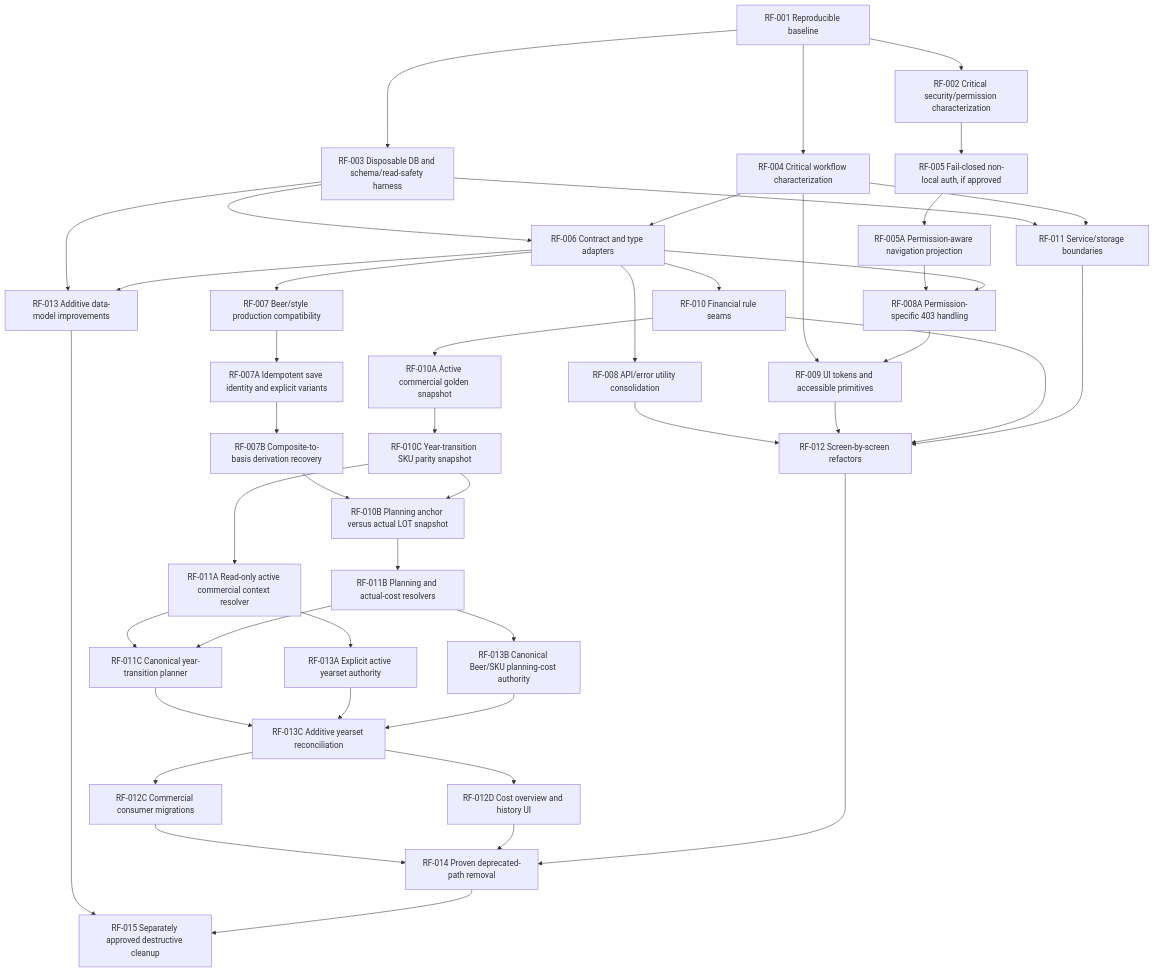
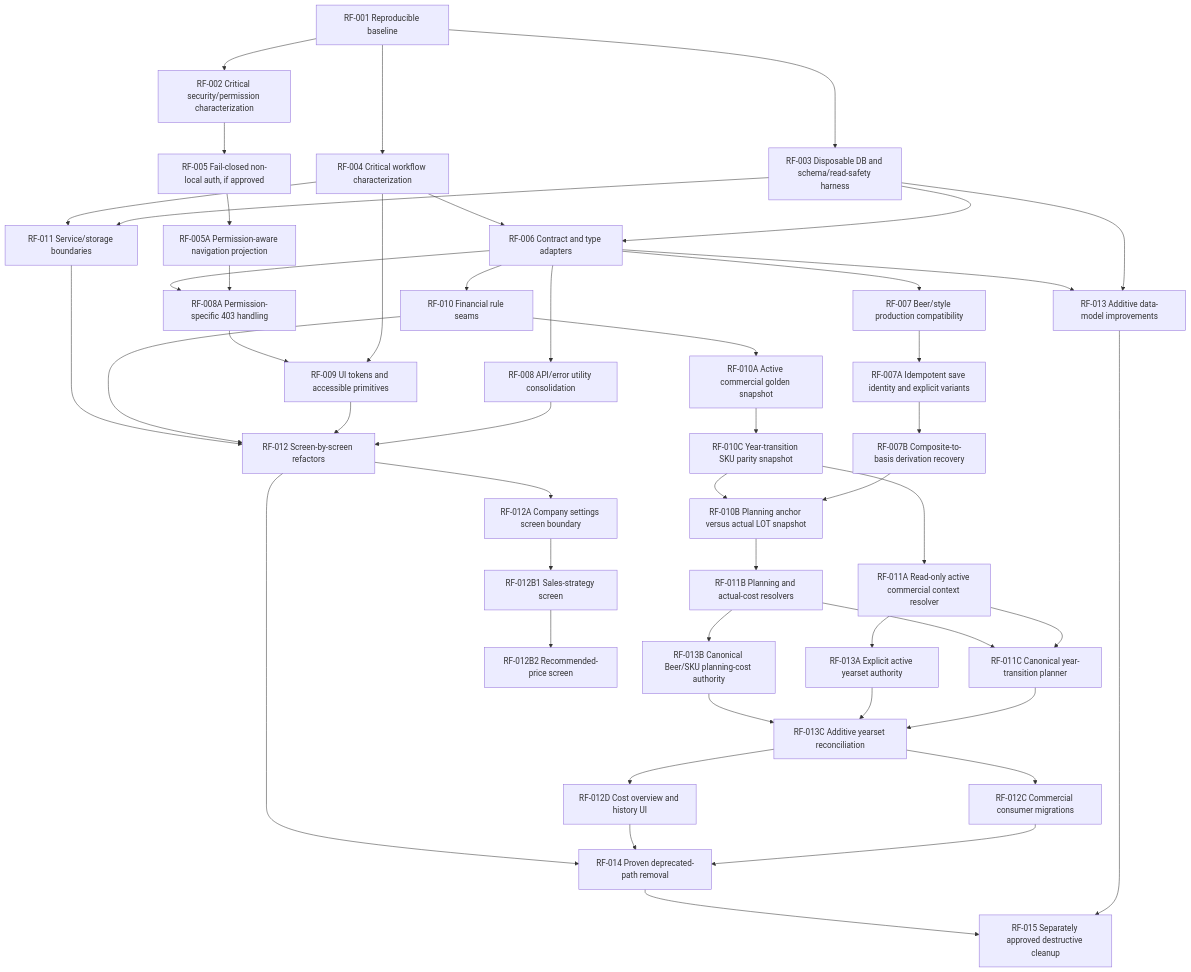
The diagram in docs/refactor-analysis/09-refactoring-roadmap.md (berlewaldebier-png/BerlewaldeCalculatietool), drawn with Mermaid before and after one commit. The commit also changed other lines of this file and 10 other files, not shown here.

Commit message:
RF-012A refactor company settings screen boundary (#47)

````diff
--- a/docs/refactor-analysis/09-refactoring-roadmap.md
+++ b/docs/refactor-analysis/09-refactoring-roadmap.md
@@ -48,47 +48,50 @@
 ```mermaid
 flowchart TD
     R1["RF-001 Reproducible baseline"] --> R2["RF-002 Critical security/permission characterization"]
     R1 --> R3["RF-003 Disposable DB and schema/read-safety harness"]
     R1 --> R4["RF-004 Critical workflow characterization"]
     R2 --> R5["RF-005 Fail-closed non-local auth, if approved"]
     R5 --> R5A["RF-005A Permission-aware navigation projection"]
     R3 --> R6["RF-006 Contract and type adapters"]
     R4 --> R6
     R6 --> R7["RF-007 Beer/style production compatibility"]
     R7 --> R7A["RF-007A Idempotent save identity and explicit variants"]
     R7A --> R7B["RF-007B Composite-to-basis derivation recovery"]
     R6 --> R8["RF-008 API/error utility consolidation"]
     R5A --> R8A["RF-008A Permission-specific 403 handling"]
     R6 --> R8A
     R4 --> R9["RF-009 UI tokens and accessible primitives"]
     R8A --> R9
     R6 --> R10["RF-010 Financial rule seams"]
     R10 --> R10A["RF-010A Active commercial golden snapshot"]
     R10A --> R10C["RF-010C Year-transition SKU parity snapshot"]
     R7B --> R10B["RF-010B Planning anchor versus actual LOT snapshot"]
     R10C --> R10B
     R3 --> R11["RF-011 Service/storage boundaries"]
     R4 --> R11
     R10C --> R11A["RF-011A Read-only active commercial context resolver"]
     R10B --> R11B["RF-011B Planning and actual-cost resolvers"]
     R11A --> R11C["RF-011C Canonical year-transition planner"]
     R11B --> R11C
     R8 --> R12["RF-012 Screen-by-screen refactors"]
     R9 --> R12
     R10 --> R12
     R11 --> R12
+    R12 --> R12A["RF-012A Company settings screen boundary"]
+    R12A --> R12B1["RF-012B1 Sales-strategy screen"]
+    R12B1 --> R12B2["RF-012B2 Recommended-price screen"]
     R3 --> R13["RF-013 Additive data-model improvements"]
     R6 --> R13
     R11A --> R13A["RF-013A Explicit active yearset authority"]
     R11B --> R13B["RF-013B Canonical Beer/SKU planning-cost authority"]
     R11C --> R13C["RF-013C Additive yearset reconciliation"]
     R13A --> R13C
     R13B --> R13C
     R13C --> R12C["RF-012C Commercial consumer migrations"]
     R13C --> R12D["RF-012D Cost overview and history UI"]
     R12C --> R14
     R12D --> R14
     R12 --> R14["RF-014 Proven deprecated-path removal"]
     R13 --> R15["RF-015 Separately approved destructive cleanup"]
     R14 --> R15
 ```
````
